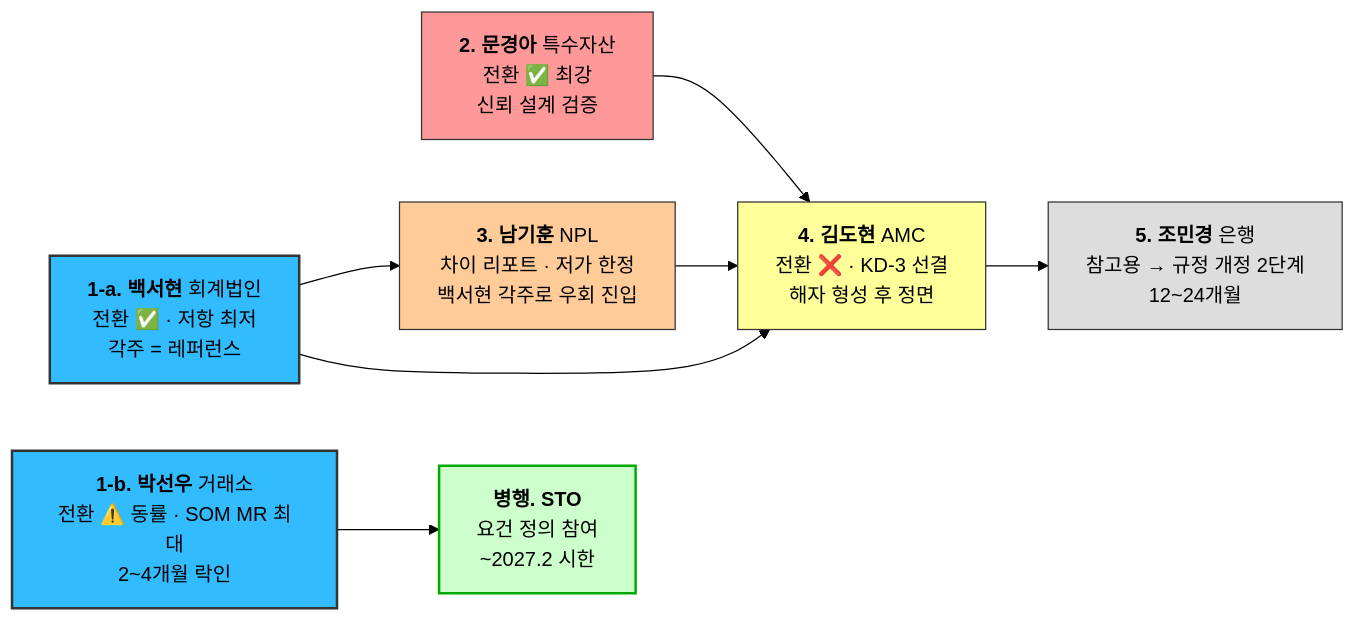
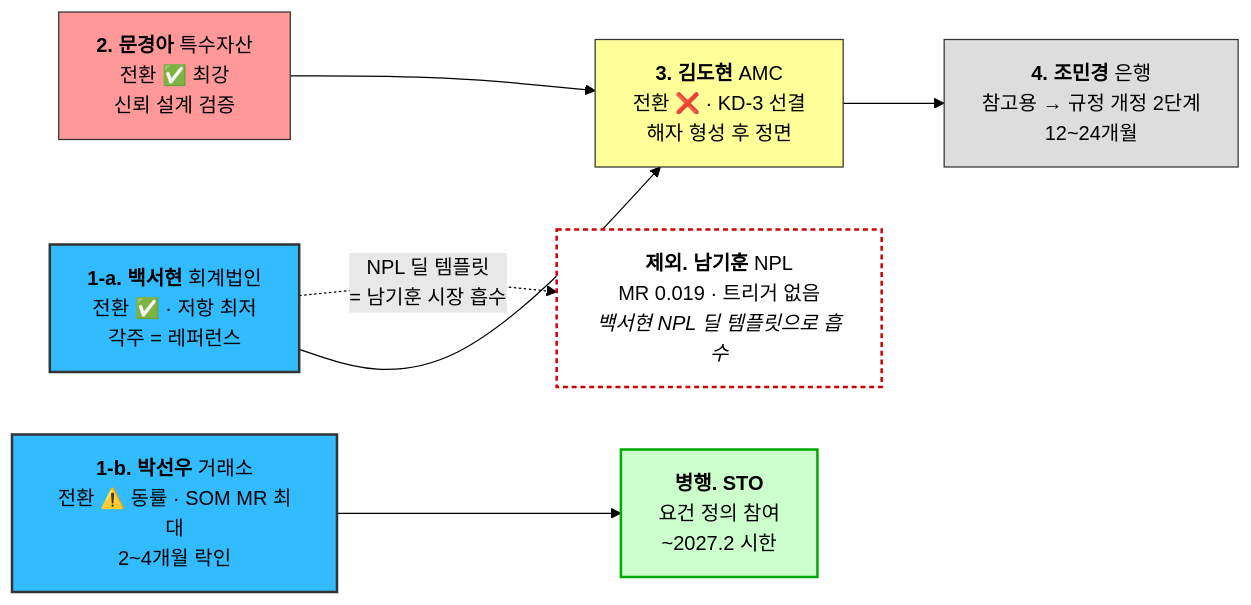
Before and after one commit to STERNYUL/business_research_202608: the third of 6 diagrams in 08_value-proposition/VALUE-PROPOSITION_자산가치평가인프라_claude-opus-5-1m_effort-high.md, drawn with Mermaid (forest theme). The commit also changed other lines of this file and 4 other files, not shown here.

First line of the commit message:
docs: 남기훈(NPL) 세그먼트 재판정 및 관련 문서 갱신

````diff
--- a/08_value-proposition/VALUE-PROPOSITION_자산가치평가인프라_claude-opus-5-1m_effort-high.md
+++ b/08_value-proposition/VALUE-PROPOSITION_자산가치평가인프라_claude-opus-5-1m_effort-high.md
@@ -446,24 +457,23 @@
 ```mermaid
 graph LR
     B["<b>1-a. 백서현</b> 회계법인<br/>전환 ✅ · 저항 최저<br/>각주 = 레퍼런스"]:::p1
     P["<b>1-b. 박선우</b> 거래소<br/>전환 ⚠️ 동률 · SOM MR 최대<br/>2~4개월 락인"]:::p1
     M["<b>2. 문경아</b> 특수자산<br/>전환 ✅ 최강<br/>신뢰 설계 검증"]:::p2
-    N["<b>3. 남기훈</b> NPL<br/>차이 리포트 · 저가 한정<br/>백서현 각주로 우회 진입"]:::p3
-    K["<b>4. 김도현</b> AMC<br/>전환 ❌ · KD-3 선결<br/>해자 형성 후 정면"]:::p4
-    J["<b>5. 조민경</b> 은행<br/>참고용 → 규정 개정 2단계<br/>12~24개월"]:::p5
+    K["<b>3. 김도현</b> AMC<br/>전환 ❌ · KD-3 선결<br/>해자 형성 후 정면"]:::p4
+    J["<b>4. 조민경</b> 은행<br/>참고용 → 규정 개정 2단계<br/>12~24개월"]:::p5
     S["<b>병행. STO</b><br/>요건 정의 참여<br/>~2027.2 시한"]:::sto
+    N["<b>제외. 남기훈</b> NPL<br/>MR 0.019 · 트리거 없음<br/><i>백서현 NPL 딜 템플릿으로 흡수</i>"]:::drop
 
-    B --> N
+    B -.->|"NPL 딜 템플릿<br/>= 남기훈 시장 흡수"| N
     B --> K
     P --> S
     M --> K
-    N --> K
     K --> J
 
     classDef p1 fill:#33BBFF,stroke:#333,stroke-width:2px;
     classDef p2 fill:#FF9999,stroke:#333;
-    classDef p3 fill:#FFCC99,stroke:#333;
     classDef p4 fill:#FFFF99,stroke:#333;
     classDef p5 fill:#DDDDDD,stroke:#333;
     classDef sto fill:#CCFFCC,stroke:#0A0,stroke-width:2px;
+    classDef drop fill:#FFF,stroke:#C00,stroke-width:2px,stroke-dasharray:4 3;
 ```
````
